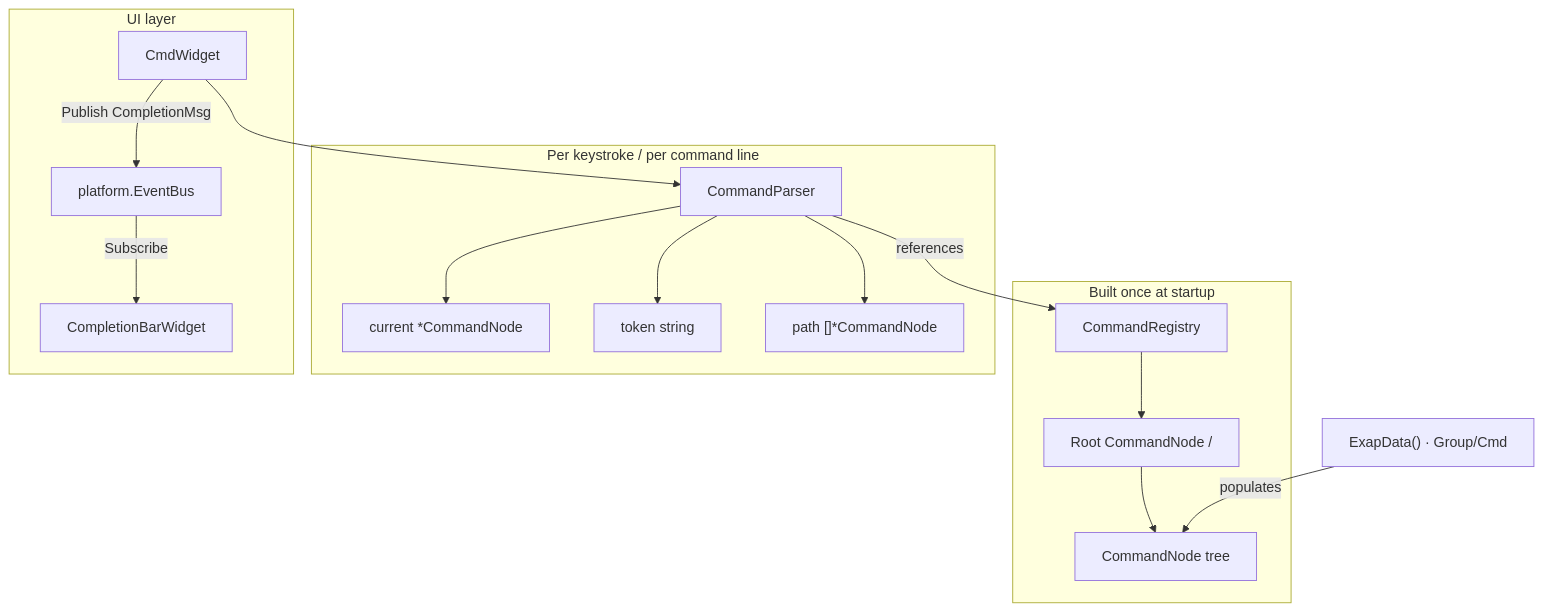
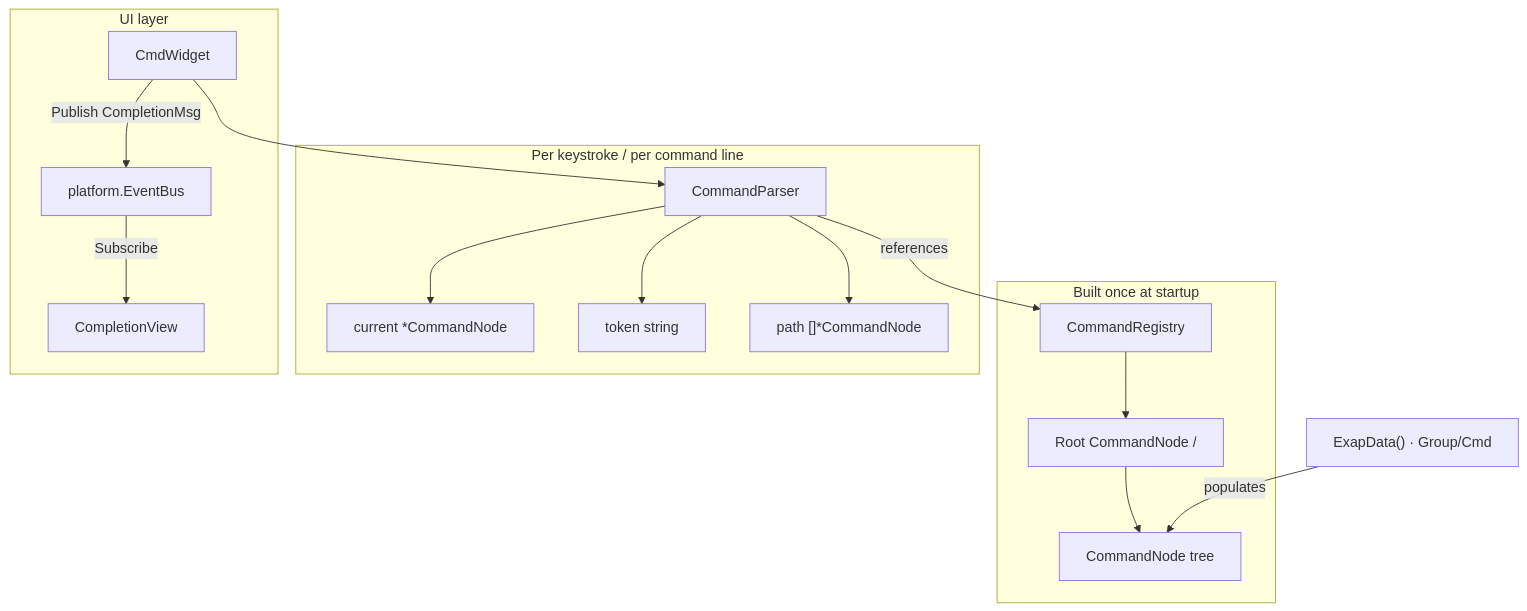
One commit to yairgd/termforge changed the first of 2 diagrams in docs/COMMAND_SYSTEM.md. Above: the diagram before and after it, drawn with Mermaid. The commit also changed other lines of this file and 15 other files, not shown here.

````diff
--- a/docs/COMMAND_SYSTEM.md
+++ b/docs/COMMAND_SYSTEM.md
@@ -32,32 +32,32 @@
 ```mermaid
 flowchart TB
     subgraph static ["Built once at startup"]
         Registry["CommandRegistry"]
         Root["Root CommandNode /"]
         Tree["CommandNode tree"]
         Registry --> Root
         Root --> Tree
     end
 
     subgraph dynamic ["Per keystroke / per command line"]
         Parser["CommandParser"]
         Current["current *CommandNode"]
         Token["token string"]
         Path["path []*CommandNode"]
         Parser --> Current
         Parser --> Token
         Parser --> Path
     end
 
     subgraph ui ["UI layer"]
         CmdW["CmdWidget"]
         Bus["platform.EventBus"]
-        Bar["CompletionBarWidget"]
+        Bar["CompletionView"]
         CmdW --> Parser
         CmdW -->|"Publish CompletionMsg"| Bus
         Bus -->|"Subscribe"| Bar
     end
 
     Parser -->|"references"| Registry
     DSL["ExapData() · Group/Cmd"] -->|"populates"| Tree
 ```
````
